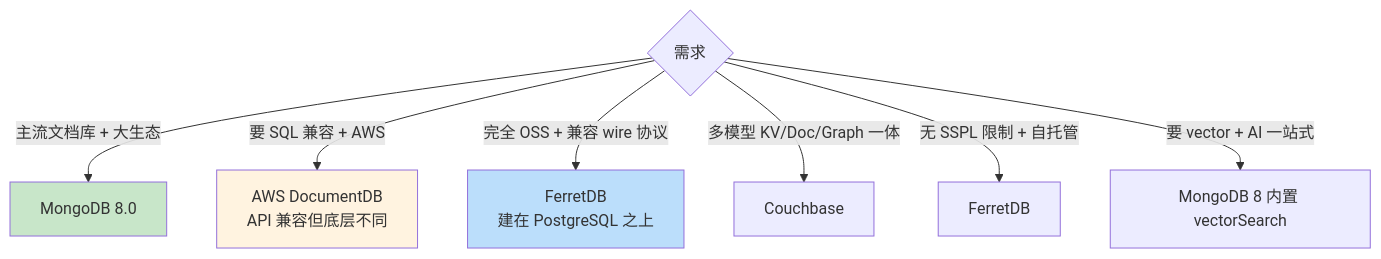
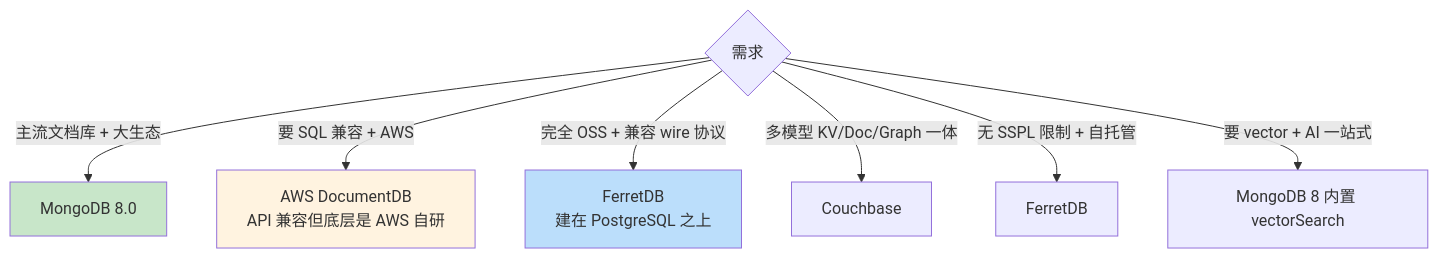
Before and after one commit to Kirby980/backend-handbook: the ninth of 11 diagrams in mongodb/ROADMAP.md, drawn with Mermaid. The commit also changed other lines of this file and 26 other files, not shown here.

````diff
--- a/mongodb/ROADMAP.md
+++ b/mongodb/ROADMAP.md
@@ -249,14 +249,14 @@
 ```mermaid
 flowchart TD
     Choose{需求}
     Choose -->|主流文档库 + 大生态| Mongo[MongoDB 8.0]
-    Choose -->|要 SQL 兼容 + AWS| DocDB[AWS DocumentDB<br>API 兼容但底层不同]
+    Choose -->|要 SQL 兼容 + AWS| DocDB[AWS DocumentDB<br>API 兼容但底层是 AWS 自研]
     Choose -->|完全 OSS + 兼容 wire 协议| Ferret[FerretDB<br>建在 PostgreSQL 之上]
     Choose -->|多模型 KV/Doc/Graph 一体| Couch[Couchbase]
     Choose -->|无 SSPL 限制 + 自托管| Ferret2[FerretDB]
     Choose -->|要 vector + AI 一站式| Mongo2[MongoDB 8 内置 vectorSearch]
 
     style Mongo fill:#c8e6c9
     style DocDB fill:#fff3e0
     style Ferret fill:#bbdefb
 ```
````
